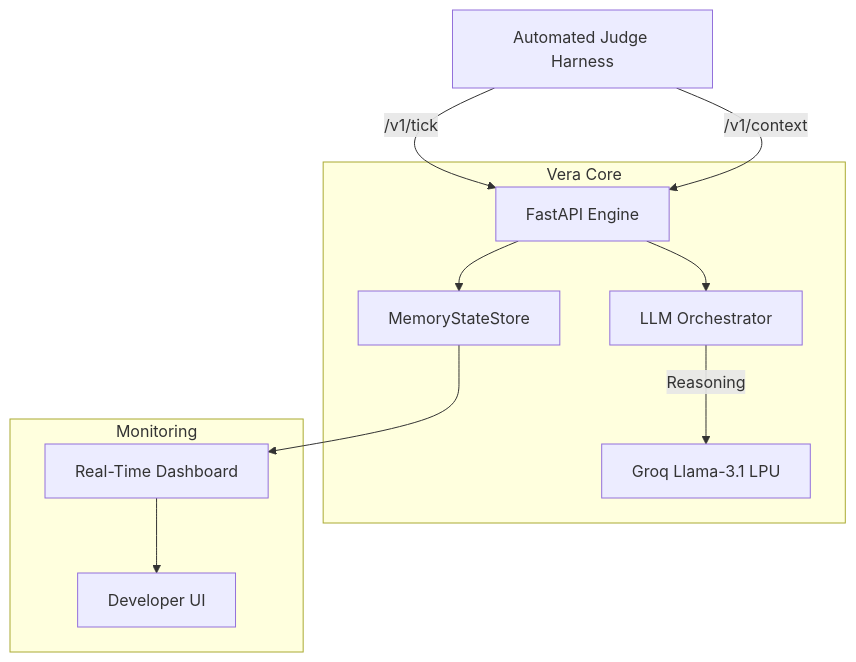
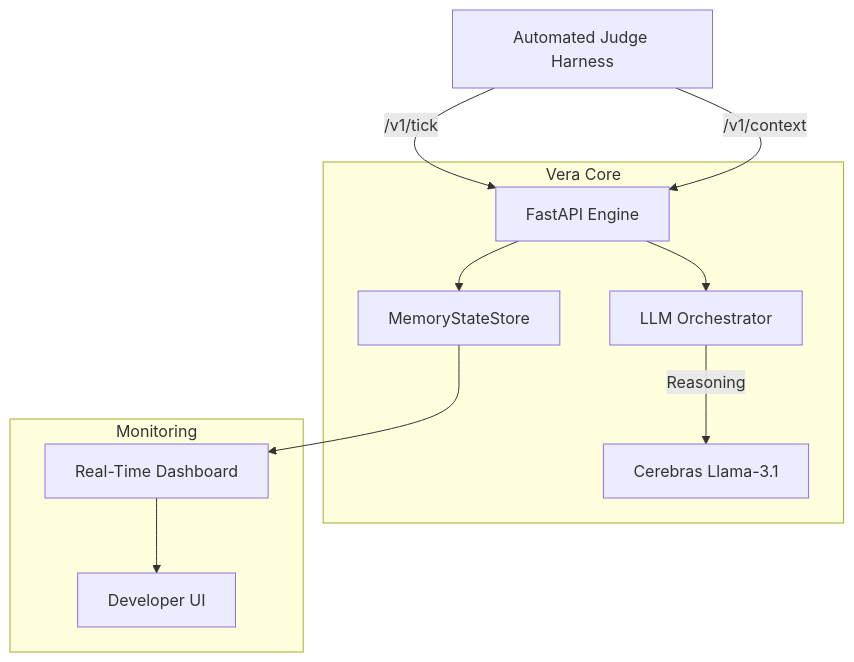
The diagram in README.md (namankanwar11/Vera-Core-Engine), drawn with Mermaid before and after one commit. The commit also changed other lines of this file and 4 other files, not shown here.

Commit message:
Migrate from Groq to Cerebras API

````diff
--- a/README.md
+++ b/README.md
@@ -10,16 +10,16 @@
 ```mermaid
 graph TD
     Judge[Automated Judge Harness] -->|/v1/tick| API[FastAPI Engine]
     Judge -->|/v1/context| API
     
     subgraph "Vera Core"
         API --> Store[MemoryStateStore]
         API --> Orchestrator[LLM Orchestrator]
-        Orchestrator -->|Reasoning| Groq[Groq Llama-3.1 LPU]
+        Orchestrator -->|Reasoning| Cerebras[Cerebras Llama-3.1]
     end
     
     subgraph "Monitoring"
         Store --> Dashboard[Real-Time Dashboard]
         Dashboard --> Browser[Developer UI]
     end
 ```
````
